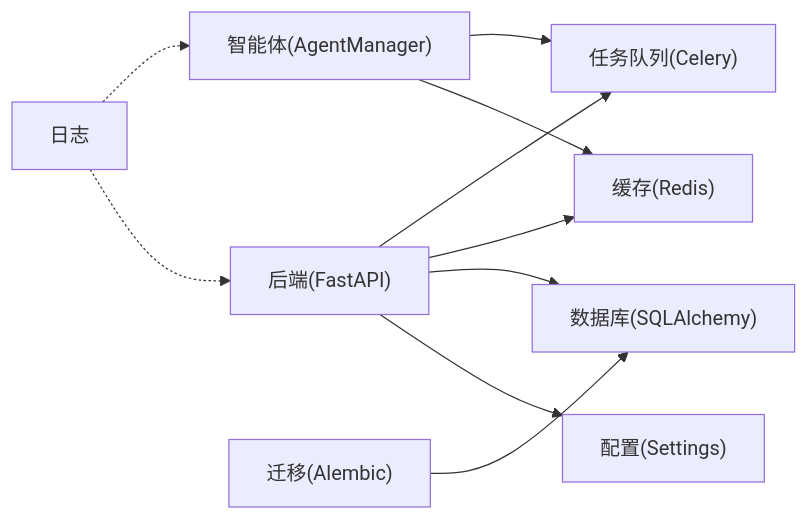
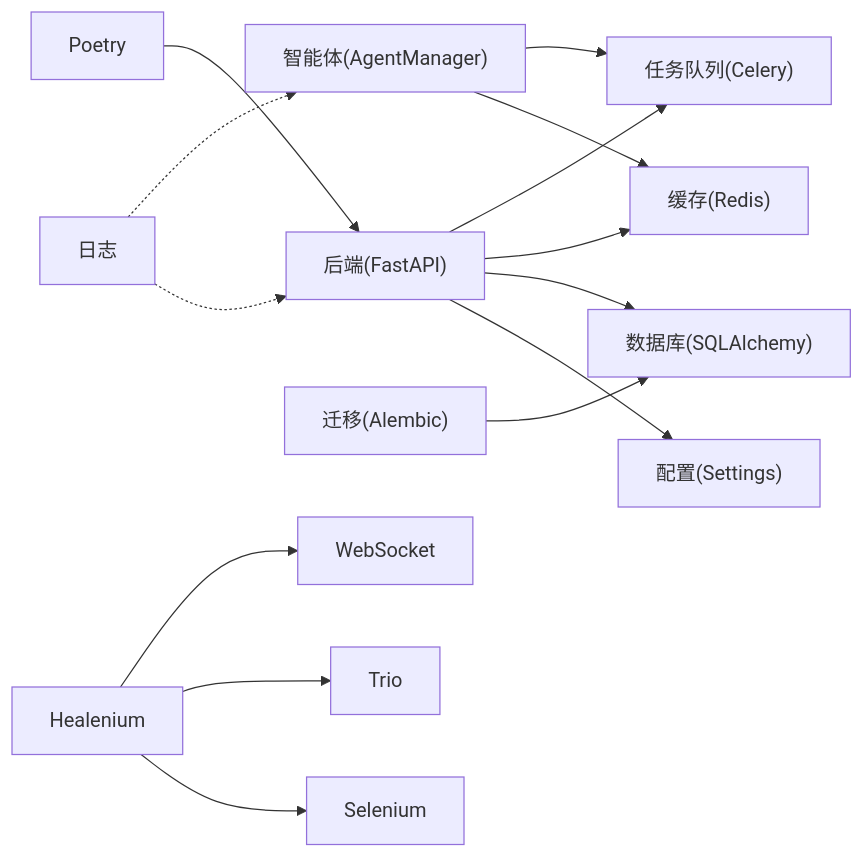
Before and after one commit to xfbyxq/ai-novel-system: the seventh of 7 diagrams in .qoder/repowiki/zh/content/部署与运维/部署与运维.md, drawn with Mermaid. The commit also changed other lines of this file and 23 other files, not shown here.

````diff
--- a/.qoder/repowiki/zh/content/部署与运维/部署与运维.md
+++ b/.qoder/repowiki/zh/content/部署与运维/部署与运维.md
@@ -296,12 +391,16 @@
 ```mermaid
 graph LR
 BE["后端(FastAPI)"] --> CFG["配置(Settings)"]
 BE --> DB["数据库(SQLAlchemy)"]
 BE --> RC["缓存(Redis)"]
 BE --> CW["任务队列(Celery)"]
 AG["智能体(AgentManager)"] --> RC
 AG --> CW
 LOG["日志"] -.-> BE
 LOG -.-> AG
 MIG["迁移(Alembic)"] --> DB
+HT["Healenium"] --> SE["Selenium"]
+HT --> TR["Trio"]
+HT --> WS["WebSocket"]
+PY["Poetry"] --> BE
 ```
````
